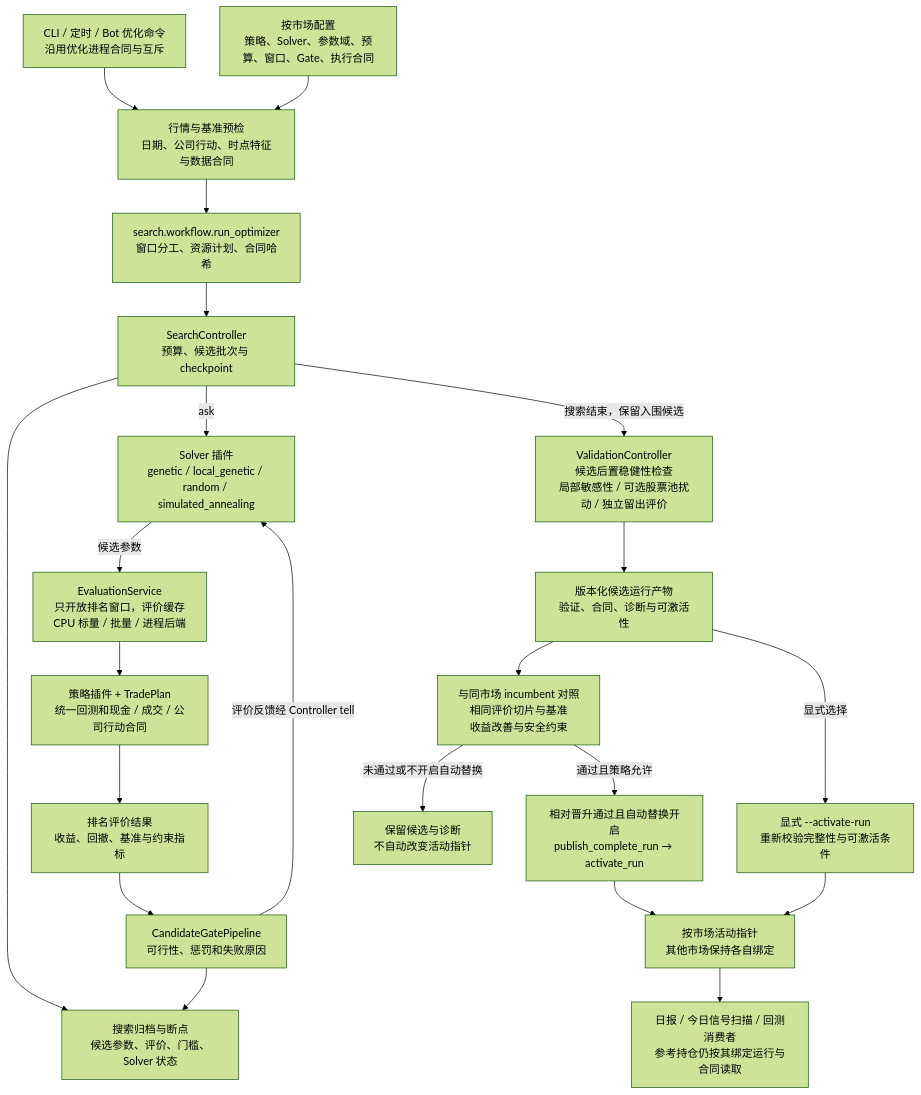
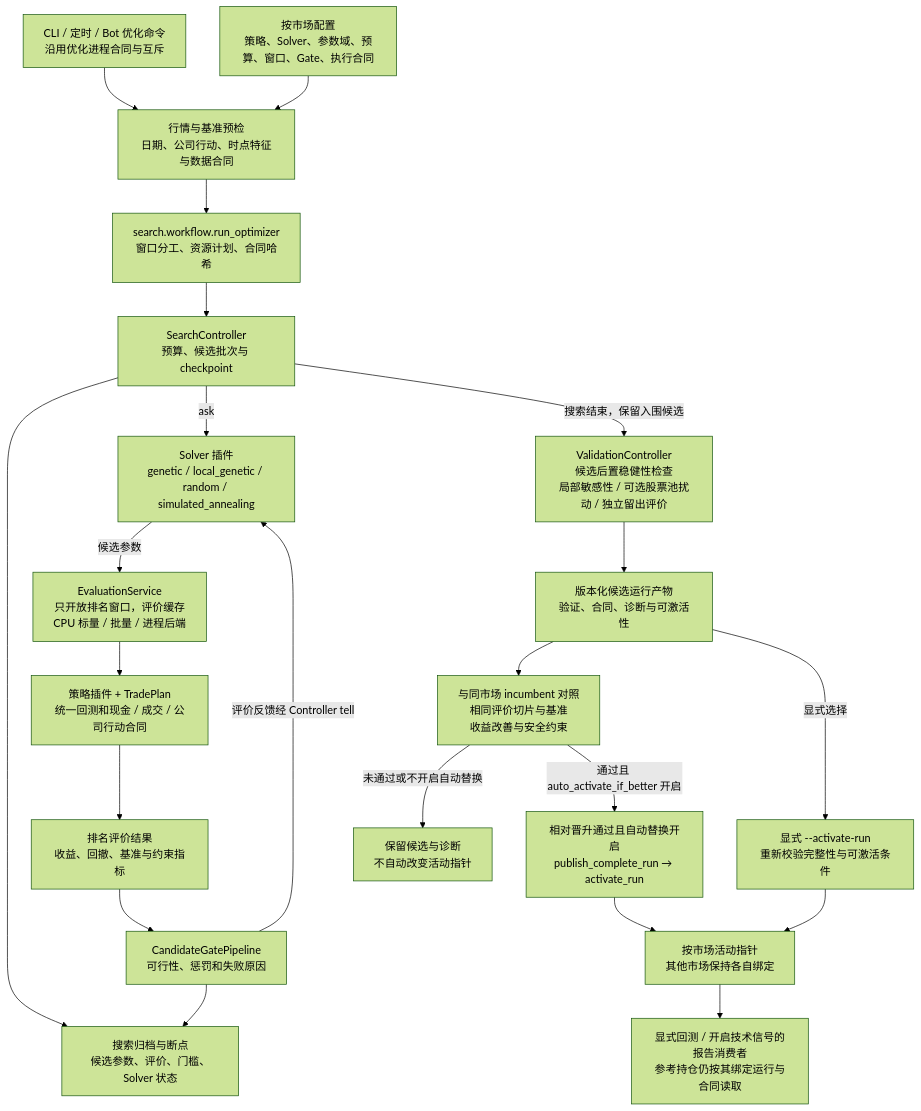
Before and after one commit to Saltflow/trade_eyes_keeper: the fifth of 7 diagrams in docs/architecture_overview.md, drawn with Mermaid (forest theme). The commit also changed other lines of this file, not shown here.

Commit message:
docs: update architecture diagrams and production boundaries (20261103 架构总览)

````diff
--- a/docs/architecture_overview.md
+++ b/docs/architecture_overview.md
@@ -290,39 +165,39 @@
 ```mermaid
 flowchart TB
     START["CLI / 定时 / Bot 优化命令<br/>沿用优化进程合同与互斥"]
     CONFIG["按市场配置<br/>策略、Solver、参数域、预算、窗口、Gate、执行合同"]
     PREP["行情与基准预检<br/>日期、公司行动、时点特征与数据合同"]
     WF["search.workflow.run_optimizer<br/>窗口分工、资源计划、合同哈希"]
     CTRL["SearchController<br/>预算、候选批次与 checkpoint"]
     SOLVER["Solver 插件<br/>genetic / local_genetic / random / simulated_annealing"]
     EVAL["EvaluationService<br/>只开放排名窗口，评价缓存<br/>CPU 标量 / 批量 / 进程后端"]
     STRATEGY["策略插件 + TradePlan<br/>统一回测和现金 / 成交 / 公司行动合同"]
     METRICS["排名评价结果<br/>收益、回撤、基准与约束指标"]
     GATE["CandidateGatePipeline<br/>可行性、惩罚和失败原因"]
     ARCHIVE["搜索归档与断点<br/>候选参数、评价、门槛、Solver 状态"]
     VALIDATE["ValidationController<br/>候选后置稳健性检查<br/>局部敏感性 / 可选股票池扰动 / 独立留出评价"]
     CANDIDATE["版本化候选运行产物<br/>验证、合同、诊断与可激活性"]
     RELATIVE["与同市场 incumbent 对照<br/>相同评价切片与基准<br/>收益改善与安全约束"]
     AUTO["相对晋升通过且自动替换开启<br/>publish_complete_run → activate_run"]
     MANUAL["显式 --activate-run<br/>重新校验完整性与可激活条件"]
     ACTIVE["按市场活动指针<br/>其他市场保持各自绑定"]
-    CONSUMER["日报 / 今日信号扫描 / 回测消费者<br/>参考持仓仍按其绑定运行与合同读取"]
+    CONSUMER["显式回测 / 开启技术信号的报告消费者<br/>参考持仓仍按其绑定运行与合同读取"]
 
     START --> PREP
     CONFIG --> PREP
     PREP --> WF --> CTRL
     CTRL -->|ask| SOLVER
     SOLVER -->|候选参数| EVAL
     EVAL --> STRATEGY --> METRICS --> GATE
     GATE -->|评价反馈经 Controller tell| SOLVER
     CTRL --> ARCHIVE
     GATE --> ARCHIVE
     CTRL -->|搜索结束，保留入围候选| VALIDATE
     VALIDATE --> CANDIDATE
-    CANDIDATE --> RELATIVE -->|通过且策略允许| AUTO
+    CANDIDATE --> RELATIVE -->|通过且 auto_activate_if_better 开启| AUTO
     CANDIDATE -->|显式选择| MANUAL
     AUTO --> ACTIVE
     MANUAL --> ACTIVE
     ACTIVE --> CONSUMER
     RELATIVE -->|未通过或不开启自动替换| KEEP["保留候选与诊断<br/>不自动改变活动指针"]
 ```
````
